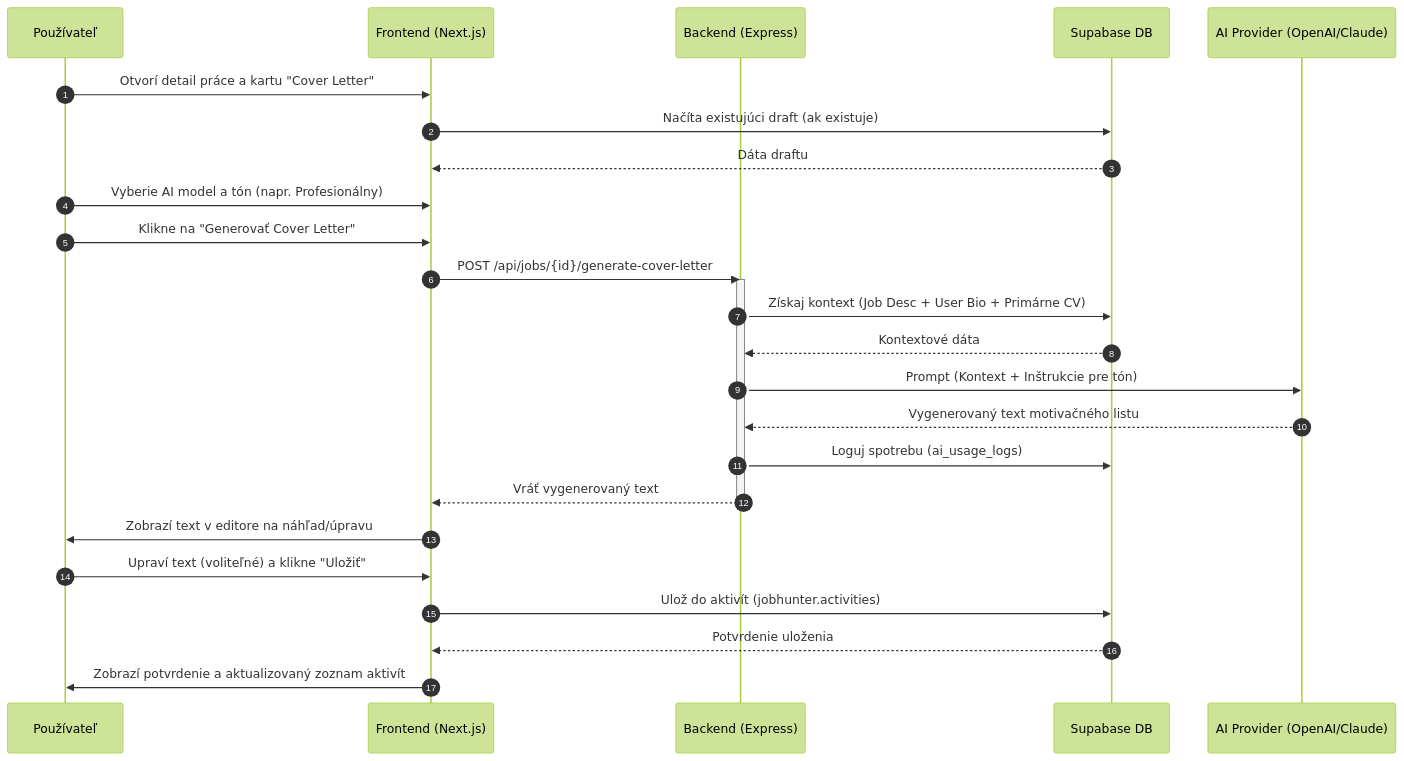
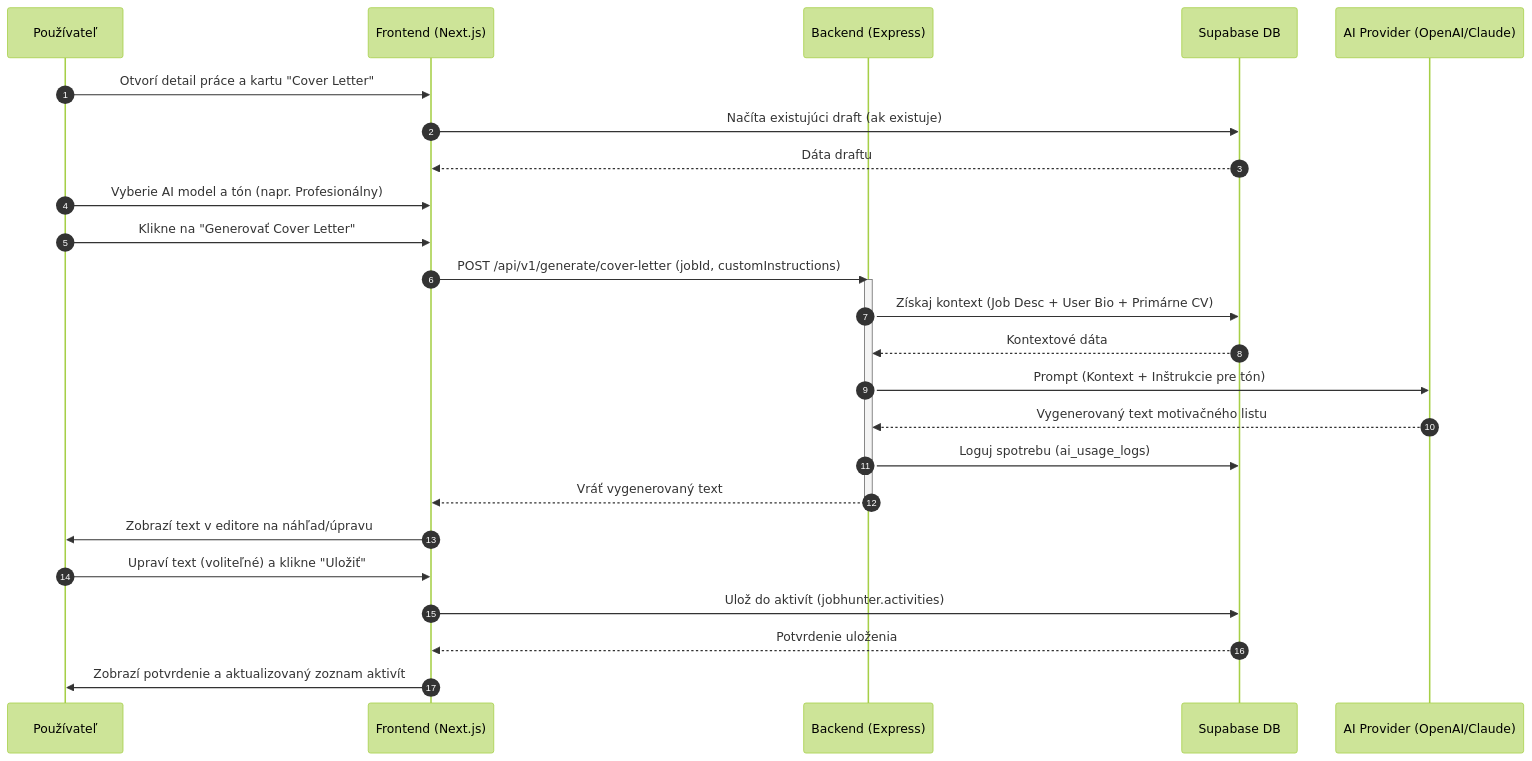
Before and after one commit to piterb/jobhunter: the diagram in docs/diagrams/cover_letter_generation.md, drawn with Mermaid (forest theme). The commit also changed 37 other files, not shown here.

````diff
--- a/docs/diagrams/cover_letter_generation.md
+++ b/docs/diagrams/cover_letter_generation.md
@@ -1,37 +1,37 @@
 ```mermaid
 sequenceDiagram
     autonumber
     participant U as Používateľ
     participant FE as Frontend (Next.js)
     participant BE as Backend (Express)
     participant DB as Supabase DB
     participant AI as AI Provider (OpenAI/Claude)
 
     U->>FE: Otvorí detail práce a kartu "Cover Letter"
     FE->>DB: Načíta existujúci draft (ak existuje)
     DB-->>FE: Dáta draftu
     
     U->>FE: Vyberie AI model a tón (napr. Profesionálny)
     U->>FE: Klikne na "Generovať Cover Letter"
     
-    FE->>BE: POST /api/jobs/{id}/generate-cover-letter
+    FE->>BE: POST /api/v1/generate/cover-letter (jobId, customInstructions)
     activate BE
     
     BE->>DB: Získaj kontext (Job Desc + User Bio + Primárne CV)
     DB-->>BE: Kontextové dáta
     
     BE->>AI: Prompt (Kontext + Inštrukcie pre tón)
     AI-->>BE: Vygenerovaný text motivačného listu
     
     BE->>DB: Loguj spotrebu (ai_usage_logs)
     BE-->>FE: Vráť vygenerovaný text
     deactivate BE
 
     FE->>U: Zobrazí text v editore na náhľad/úpravu
     
     U->>FE: Upraví text (voliteľné) a klikne "Uložiť"
     FE->>DB: Ulož do aktivít (jobhunter.activities)
     DB-->>FE: Potvrdenie uloženia
     
     FE->>U: Zobrazí potvrdenie a aktualizovaný zoznam aktivít
 ```
````
